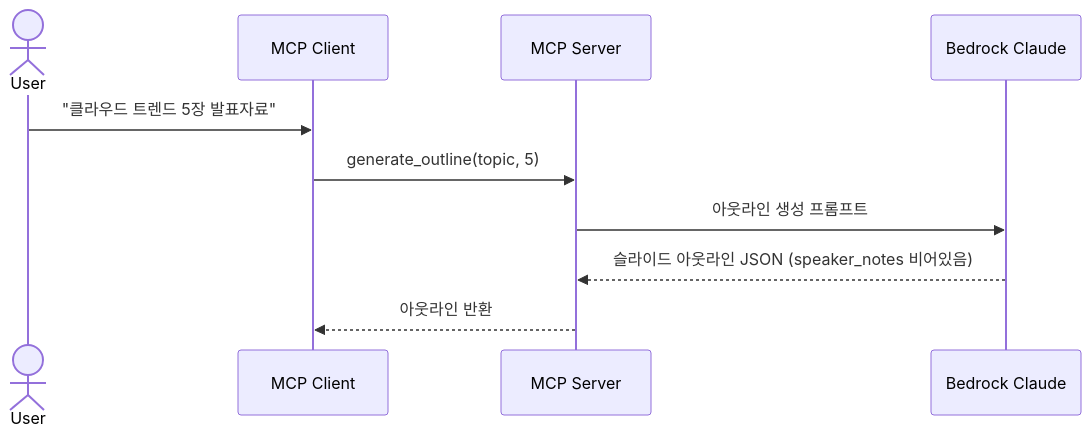
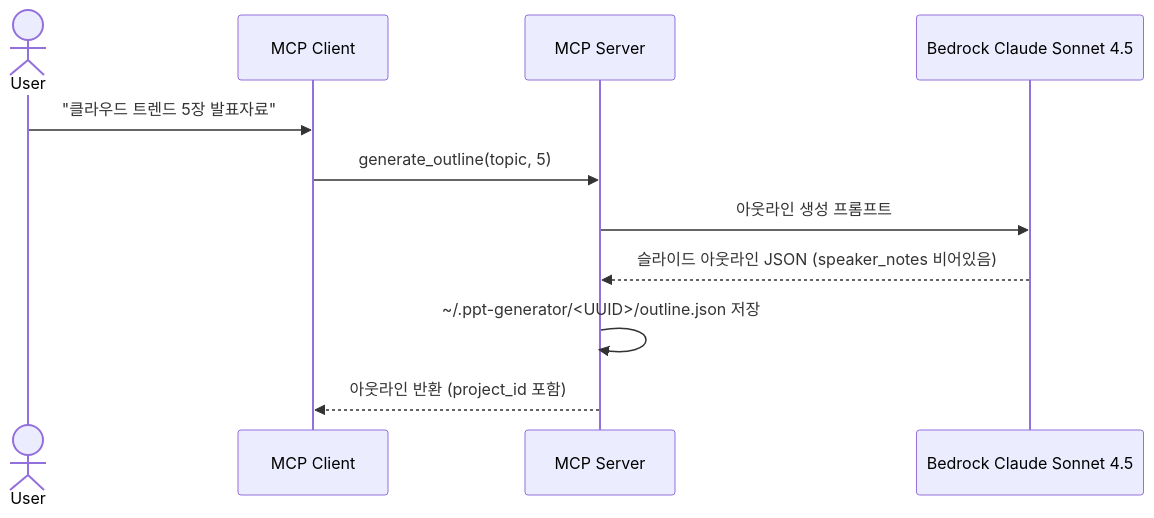
The diagram in docs/adr/pipeline/0001-outline-generation.md (haandol/ppt-generator), drawn with Mermaid before and after one commit. The commit also changed other lines of this file and 14 other files, not shown here.

````diff
--- a/docs/adr/pipeline/0001-outline-generation.md
+++ b/docs/adr/pipeline/0001-outline-generation.md
@@ -46,13 +48,14 @@
 ```mermaid
 sequenceDiagram
     actor User
     participant Client as MCP Client
     participant Server as MCP Server
-    participant LLM as Bedrock Claude
+    participant LLM as Bedrock Claude Sonnet 4.5
 
     User->>Client: "클라우드 트렌드 5장 발표자료"
     Client->>Server: generate_outline(topic, 5)
     Server->>LLM: 아웃라인 생성 프롬프트
     LLM-->>Server: 슬라이드 아웃라인 JSON (speaker_notes 비어있음)
-    Server-->>Client: 아웃라인 반환
+    Server->>Server: ~/.ppt-generator/<UUID>/outline.json 저장
+    Server-->>Client: 아웃라인 반환 (project_id 포함)
 ```
````
